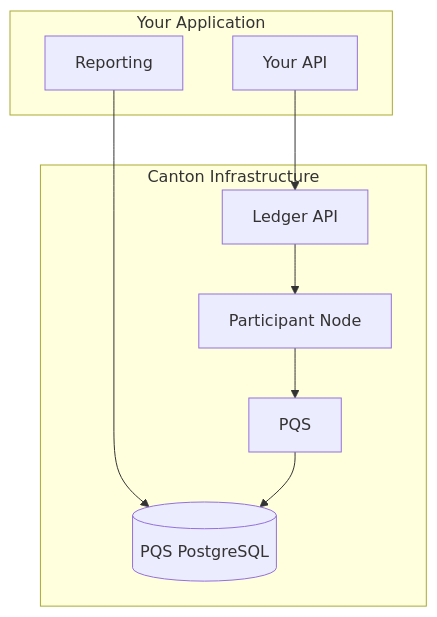
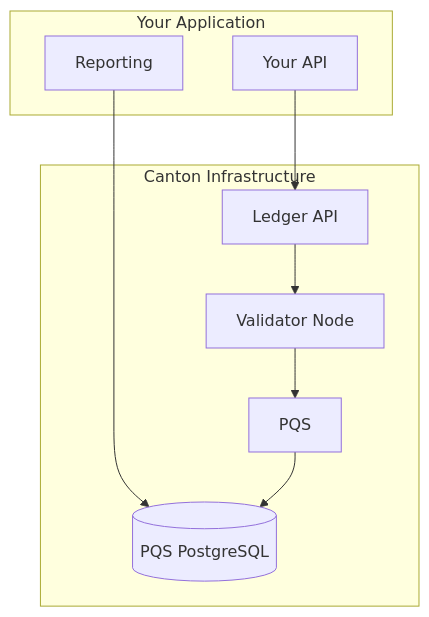
One commit to canton-network/cf-docs changed the fifth of 5 diagrams in docs-main/integrations/integration-patterns.mdx. Above: the diagram before and after it, drawn with Mermaid. The commit also changed other lines of this file and 11 other files, not shown here.

````diff
--- a/docs-main/integrations/integration-patterns.mdx
+++ b/docs-main/integrations/integration-patterns.mdx
@@ -176,20 +176,20 @@
 ```mermaid
 flowchart TB
     subgraph YourApp[Your Application]
         API[Your API]
         REPORT[Reporting]
     end
 
     subgraph Canton[Canton Infrastructure]
-        PART[Participant Node]
+        PART[Validator Node]
         LAPI[Ledger API]
         PQS[PQS]
         PQSDB[(PQS PostgreSQL)]
     end
 
     API --> LAPI
     LAPI --> PART
     PART --> PQS
     REPORT --> PQSDB
     PQS --> PQSDB
 ```
````
